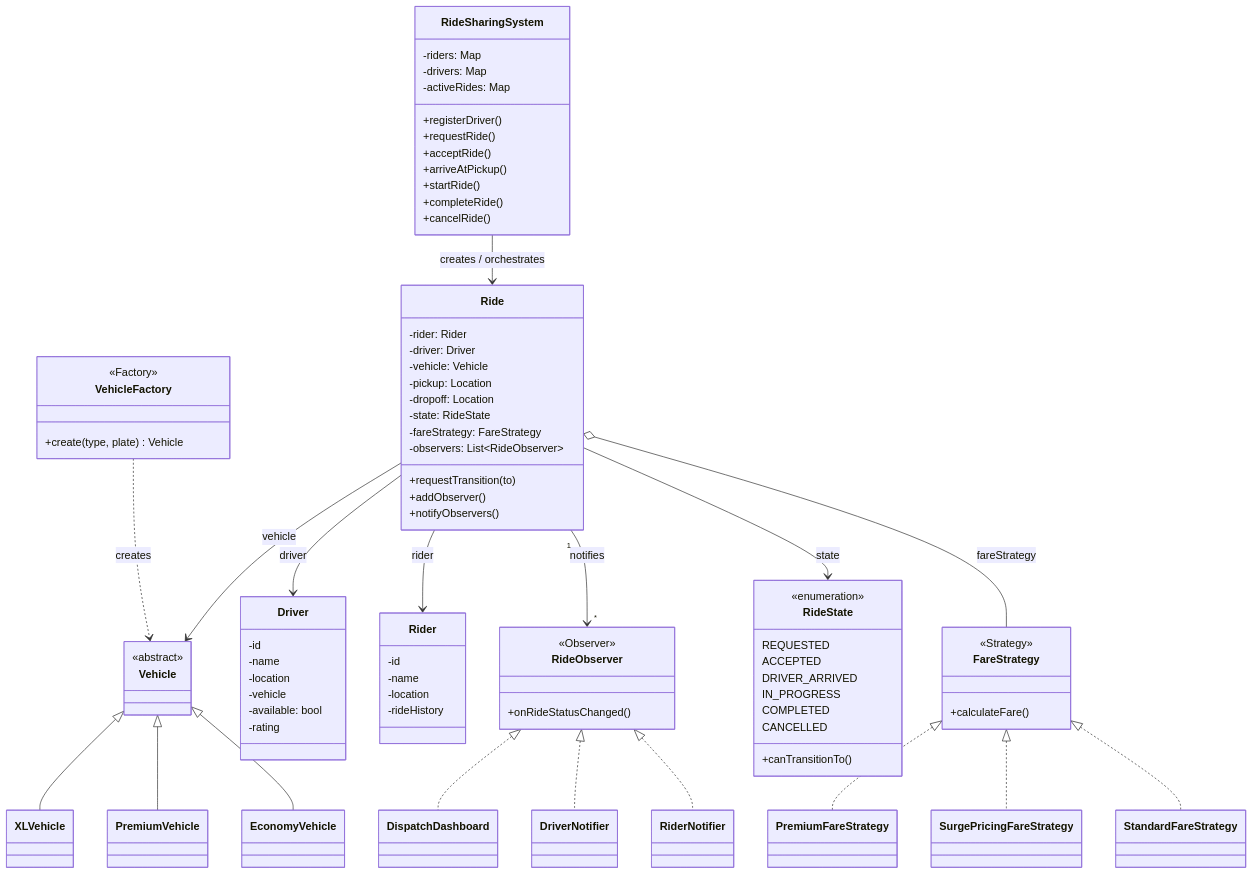
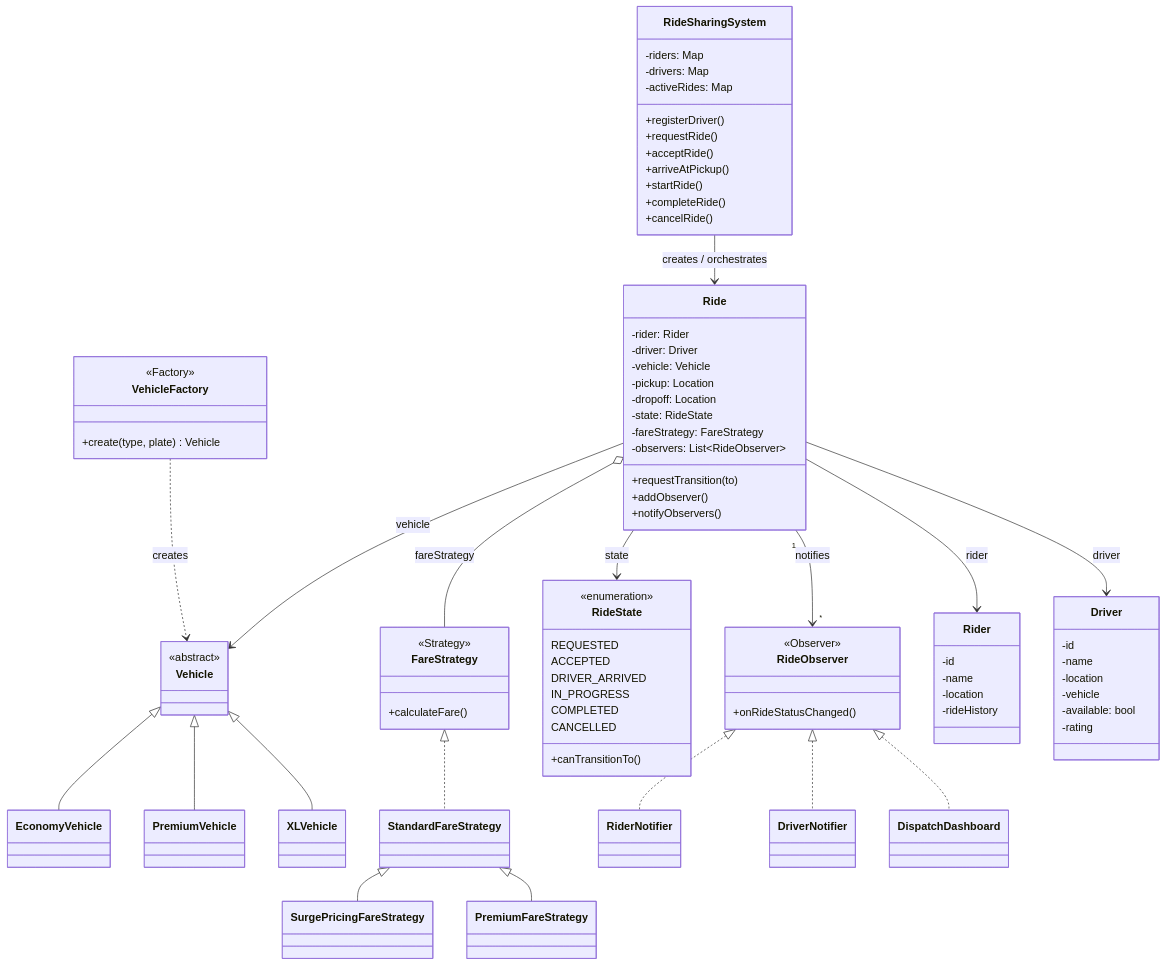
Before and after one commit to rppol/system-design: the first of 3 diagrams in src/main/java/com/rutik/systemdesign/lld/system_design_problems/RideSharing_README.md, drawn with Mermaid. The commit also changed other lines of this file and 22 other files, not shown here.

```diff
--- a/src/main/java/com/rutik/systemdesign/lld/system_design_problems/RideSharing_README.md
+++ b/src/main/java/com/rutik/systemdesign/lld/system_design_problems/RideSharing_README.md
@@ -136,8 +136,8 @@
 
     Ride o-- FareStrategy : fareStrategy
     FareStrategy <|.. StandardFareStrategy
-    FareStrategy <|.. SurgePricingFareStrategy
-    FareStrategy <|.. PremiumFareStrategy
+    StandardFareStrategy <|-- SurgePricingFareStrategy
+    StandardFareStrategy <|-- PremiumFareStrategy
 
     Ride --> RideState : state
     Ride "1" --> "*" RideObserver : notifies
```
